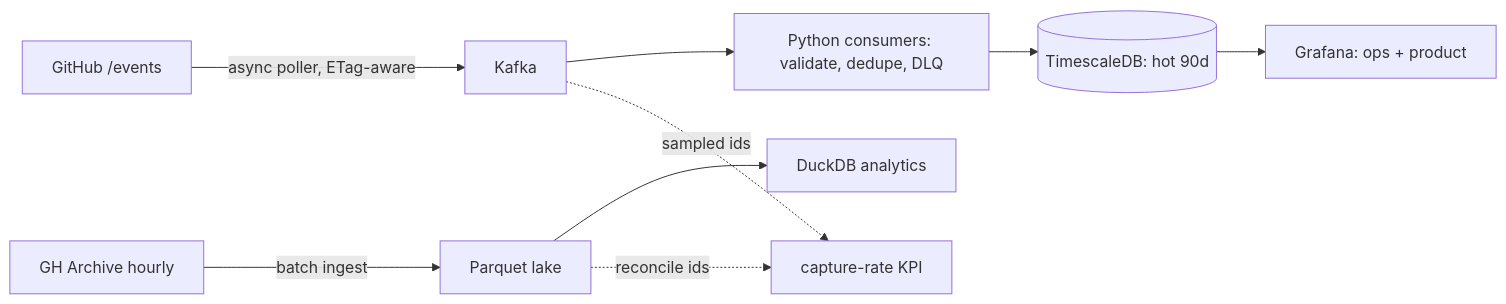
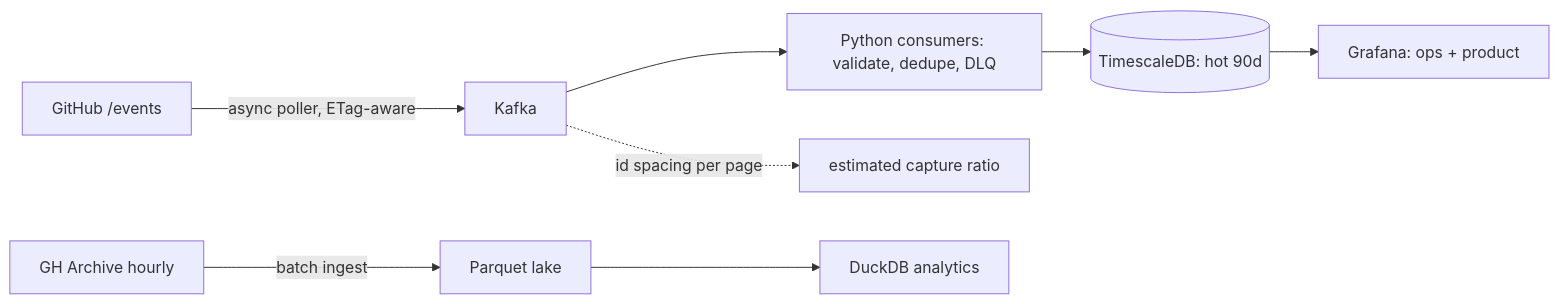
Before and after one commit to deeason7/reporadar: the diagram in README.md, drawn with Mermaid. The commit also changed other lines of this file and 1 other file, not shown here.

````diff
--- a/README.md
+++ b/README.md
@@ -30,11 +44,10 @@
 ```mermaid
 flowchart LR
     GH[GitHub /events] -->|async poller, ETag-aware| K[Kafka]
     GA[GH Archive hourly] -->|batch ingest| L[Parquet lake]
     K --> C[Python consumers: validate, dedupe, DLQ]
     C --> TS[(TimescaleDB: hot 90d)]
     L --> D[DuckDB analytics]
-    L -. reconcile ids .-> R[capture-rate KPI]
-    K -. sampled ids .-> R
+    K -. id spacing per page .-> R[estimated capture ratio]
     TS --> G[Grafana: ops + product]
 ```
````
